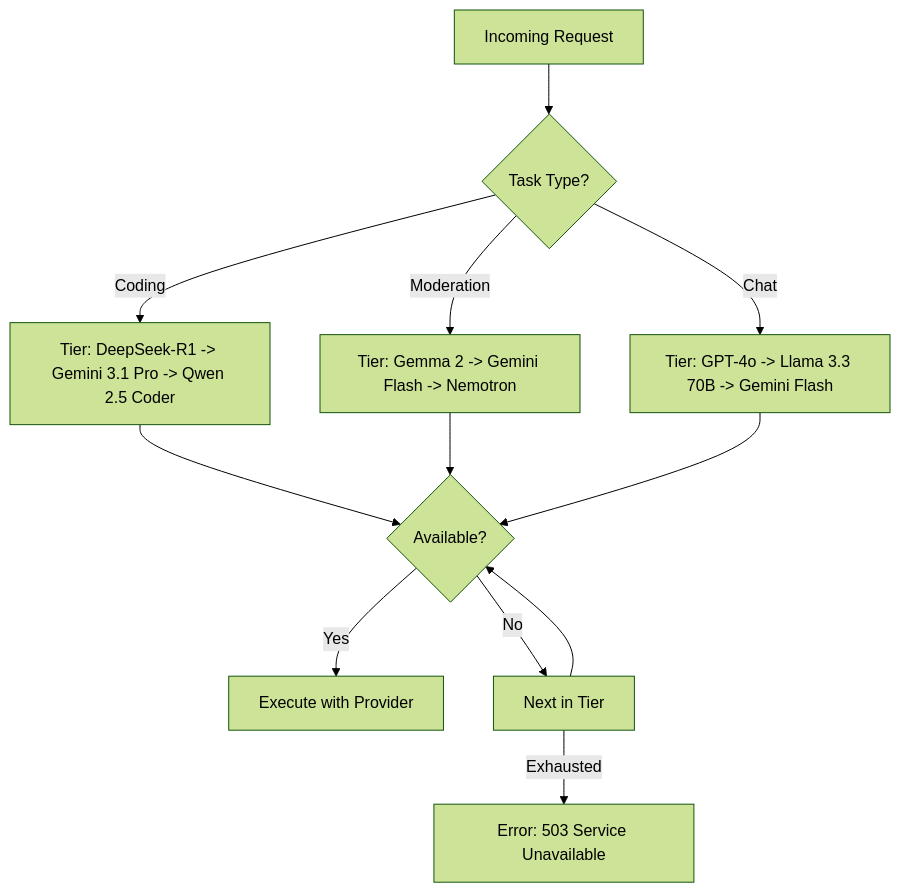
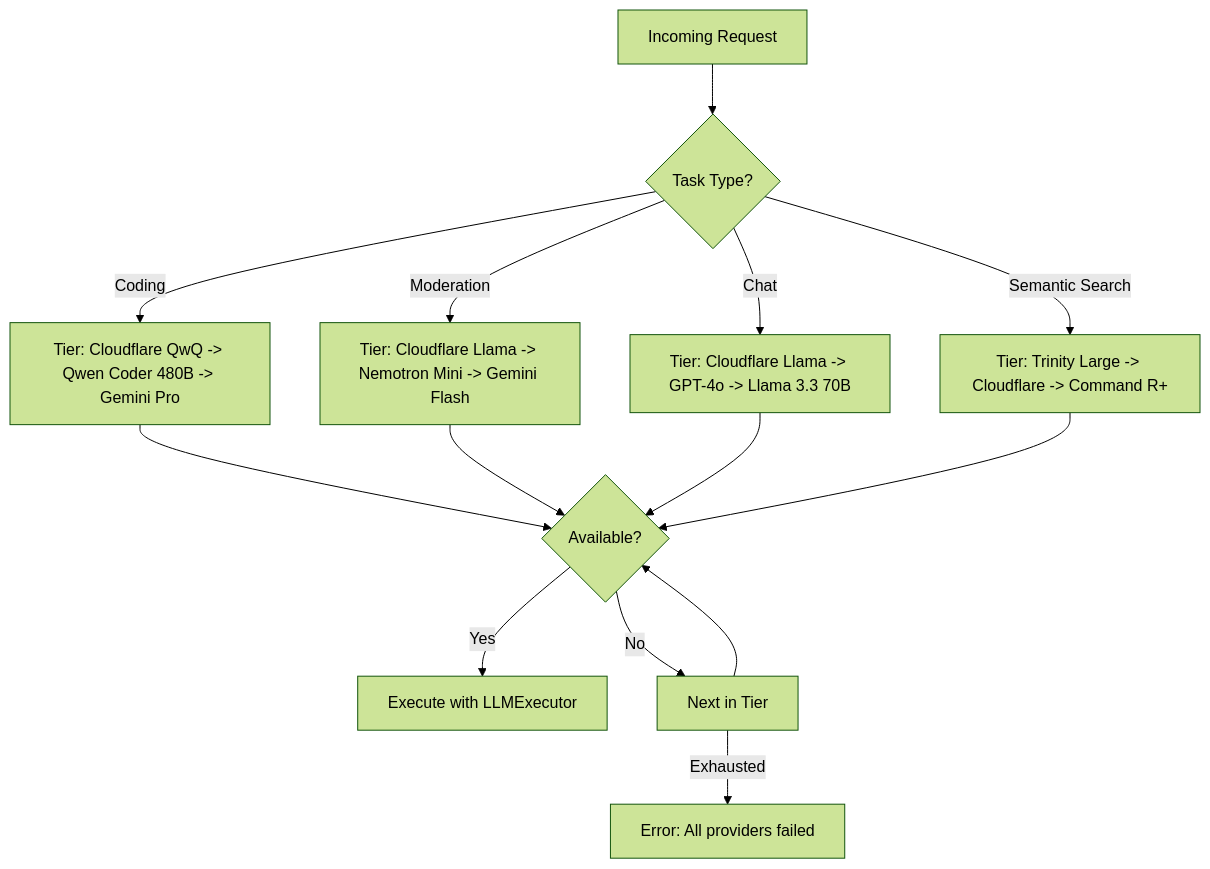
The second of 4 diagrams in mcp-server/docs/guide.md (djmahe4/awesome-free-llm-apis), drawn with Mermaid (forest theme) before and after one commit. The commit also changed other lines of this file and 15 other files, not shown here.

````diff
--- a/mcp-server/docs/guide.md
+++ b/mcp-server/docs/guide.md
@@ -49,18 +112,20 @@
 ```mermaid
 graph TD
     A[Incoming Request] --> B{Task Type?}
     
-    B -- Coding --> C[Tier: DeepSeek-R1 -> Gemini 3.1 Pro -> Qwen 2.5 Coder]
-    B -- Moderation --> D[Tier: Gemma 2 -> Gemini Flash -> Nemotron]
-    B -- Chat --> E[Tier: GPT-4o -> Llama 3.3 70B -> Gemini Flash]
+    B -- Coding --> C[Tier: Cloudflare QwQ -> Qwen Coder 480B -> Gemini Pro]
+    B -- Moderation --> D[Tier: Cloudflare Llama -> Nemotron Mini -> Gemini Flash]
+    B -- Chat --> E[Tier: Cloudflare Llama -> GPT-4o -> Llama 3.3 70B]
+    B -- Semantic Search --> F[Tier: Trinity Large -> Cloudflare -> Command R+]
     
-    C --> F{Available?}
-    D --> F
-    E --> F
+    C --> G{Available?}
+    D --> G
+    E --> G
+    F --> G
     
-    F -- Yes --> G[Execute with Provider]
-    F -- No --> H[Next in Tier]
-    H --> F
+    G -- Yes --> H[Execute with LLMExecutor]
+    G -- No --> I[Next in Tier]
+    I --> G
     
-    H -- Exhausted --> I[Error: 503 Service Unavailable]
+    I -- Exhausted --> J[Error: All providers failed]
 ```
````
